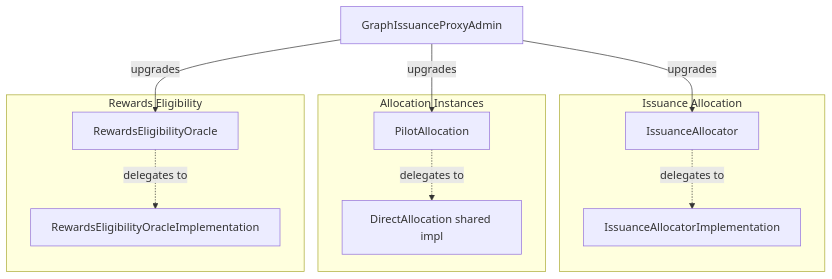
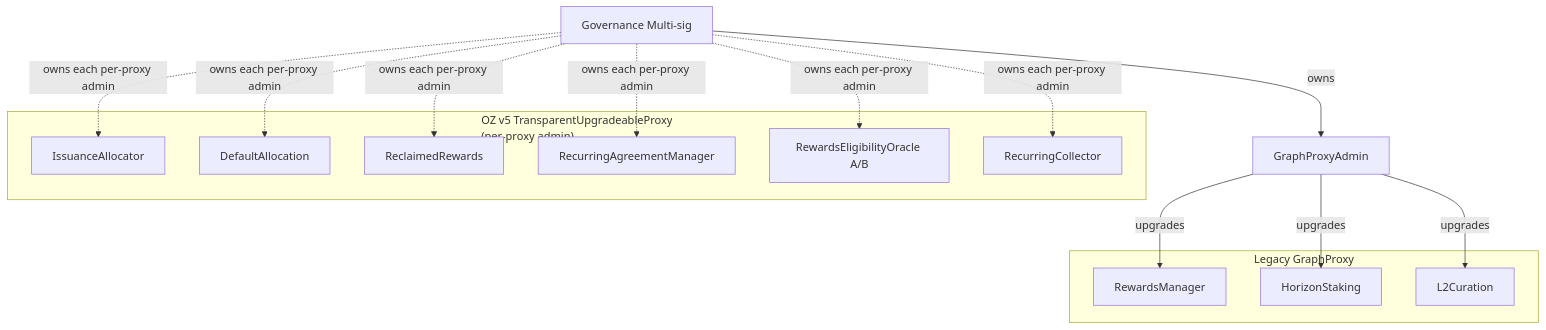
The first of 6 diagrams in packages/deployment/docs/Design.md (graphprotocol/contracts), drawn with Mermaid before and after one commit. The commit also changed other lines of this file and 172 other files, not shown here.

````diff
--- a/packages/deployment/docs/Design.md
+++ b/packages/deployment/docs/Design.md
@@ -71,27 +59,32 @@
 ```mermaid
 graph TB
-    ProxyAdmin[GraphIssuanceProxyAdmin]
+    Gov[Governance Multi-sig]
+    GraphAdmin[GraphProxyAdmin]
 
-    subgraph "Issuance Allocation"
-        IA[IssuanceAllocator]
-        IA_Impl[IssuanceAllocatorImplementation]
+    subgraph "Legacy GraphProxy"
+        RM[RewardsManager]
+        HS[HorizonStaking]
+        L2C[L2Curation]
     end
 
-    subgraph "Allocation Instances"
-        PA[PilotAllocation]
-        PA_Impl[DirectAllocation shared impl]
+    subgraph "OZ v5 TransparentUpgradeableProxy<br/>(per-proxy admin)"
+        IA[IssuanceAllocator]
+        DA[DefaultAllocation]
+        Reclaim[ReclaimedRewards]
+        RAM[RecurringAgreementManager]
+        REO[RewardsEligibilityOracle A/B]
+        RC[RecurringCollector]
     end
 
-    subgraph "Rewards Eligibility"
-        REO[RewardsEligibilityOracle]
-        REO_Impl[RewardsEligibilityOracleImplementation]
-    end
+    Gov -->|owns| GraphAdmin
+    GraphAdmin -->|upgrades| RM
+    GraphAdmin -->|upgrades| HS
+    GraphAdmin -->|upgrades| L2C
 
-    ProxyAdmin -->|upgrades| IA
-    ProxyAdmin -->|upgrades| PA
-    ProxyAdmin -->|upgrades| REO
-
-    IA -.->|delegates to| IA_Impl
-    PA -.->|delegates to| PA_Impl
-    REO -.->|delegates to| REO_Impl
+    Gov -.->|owns each per-proxy admin| IA
+    Gov -.->|owns each per-proxy admin| DA
+    Gov -.->|owns each per-proxy admin| Reclaim
+    Gov -.->|owns each per-proxy admin| RAM
+    Gov -.->|owns each per-proxy admin| REO
+    Gov -.->|owns each per-proxy admin| RC
 ```
````
